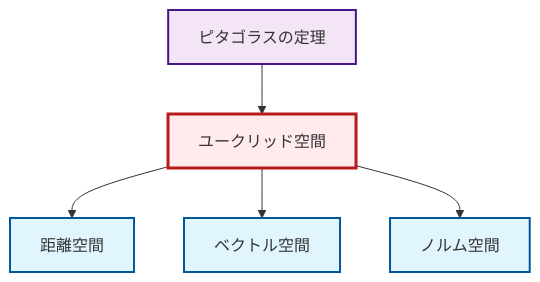
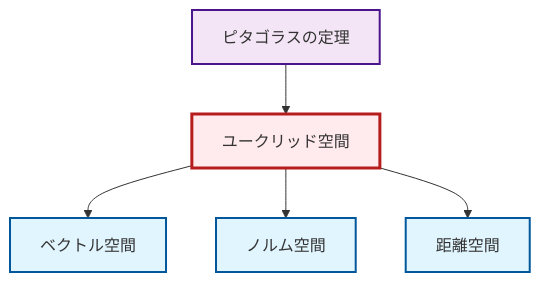
The diagram in output/mermaid/ja/def-euclidean-space.mermaid (RK0429/ModernMath), drawn with Mermaid before and after one commit. The commit also changed other lines of this file and 1712 other files, not shown here.

```diff
--- a/output/mermaid/ja/def-euclidean-space.mermaid
+++ b/output/mermaid/ja/def-euclidean-space.mermaid
@@ -1,16 +1,16 @@
 graph TD
     classDef definition fill:#e1f5fe,stroke:#01579b,stroke-width:2px
     classDef theorem fill:#f3e5f5,stroke:#4a148c,stroke-width:2px
     classDef axiom fill:#fff3e0,stroke:#e65100,stroke-width:2px
     classDef example fill:#e8f5e9,stroke:#1b5e20,stroke-width:2px
     classDef current fill:#ffebee,stroke:#b71c1c,stroke-width:3px
     def-metric-space["距離空間"]:::definition
-    def-vector-space["ベクトル空間"]:::definition
-    def-euclidean-space["ユークリッド空間"]:::definition
     thm-pythagorean["ピタゴラスの定理"]:::theorem
     def-normed-vector-space["ノルム空間"]:::definition
-    def-euclidean-space --> def-metric-space
+    def-euclidean-space["ユークリッド空間"]:::definition
+    def-vector-space["ベクトル空間"]:::definition
+    thm-pythagorean --> def-euclidean-space
     def-euclidean-space --> def-vector-space
     def-euclidean-space --> def-normed-vector-space
-    thm-pythagorean --> def-euclidean-space
+    def-euclidean-space --> def-metric-space
     class def-euclidean-space current
```
